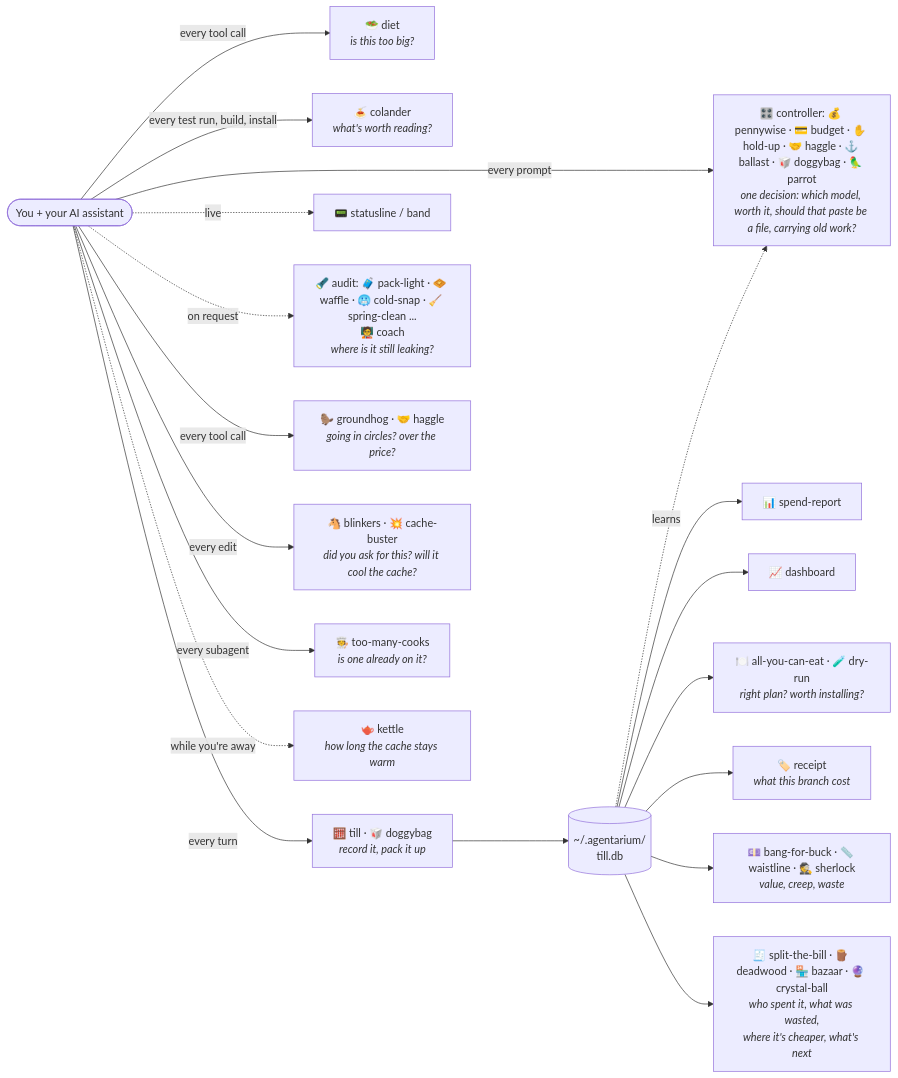
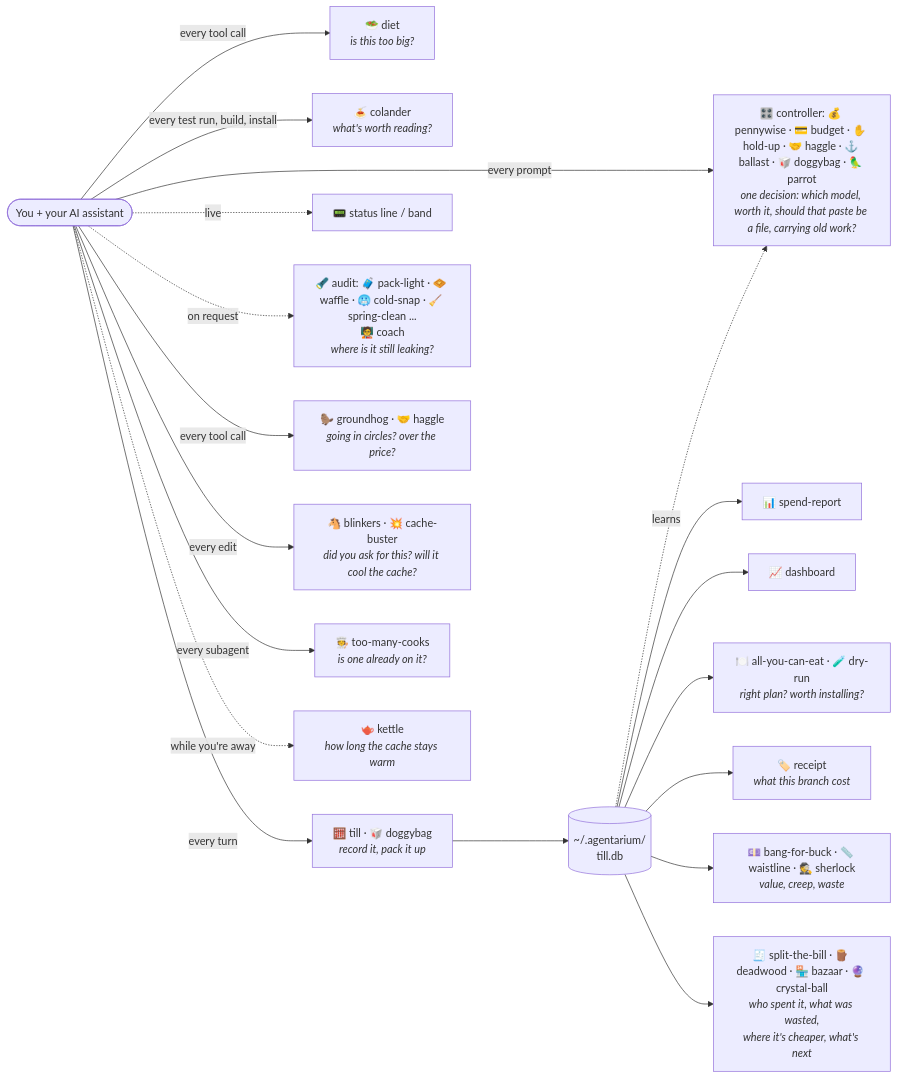
One commit to andrew44/agentarium changed the diagram in README.md. Above: the diagram before and after it, drawn with Mermaid. The commit also changed other lines of this file and 41 other files, not shown here.

First line of the commit message:
Use Claude Code's own terms for the status line, the band and the mod

````diff
--- a/README.md
+++ b/README.md
@@ -583,21 +583,21 @@
 ```mermaid
 flowchart LR
     You(["You + your AI assistant"]) -->|every prompt| G["🎛️ controller: 💰 pennywise · 💳 budget · ✋ hold-up · 🤝 haggle · ⚓ ballast · 🥡 doggybag · 🦜 parrot<br/><i>one decision: which model, worth it, should that paste be a file, carrying old work?</i>"]
     You -->|every tool call| D["🥗 diet<br/><i>is this too big?</i>"]
     You -->|every test run, build, install| CO["🍝 colander<br/><i>what's worth reading?</i>"]
     You -->|every turn| S["🧮 till · 🥡 doggybag<br/><i>record it, pack it up</i>"]
     S --> DB[("~/.agentarium/<br/>till.db")]
     DB --> R["📊 spend-report"]
     DB --> W["📈 dashboard"]
-    You -.->|live| B["📟 statusline / band"]
+    You -.->|live| B["📟 status line / band"]
     You -.->|on request| C["🔦 audit: 🧳 pack-light · 🧇 waffle · 🥶 cold-snap · 🧹 spring-clean ...<br/>🧑‍🏫 coach<br/><i>where is it still leaking?</i>"]
     DB --> A["🍽️ all-you-can-eat · 🧪 dry-run<br/><i>right plan? worth installing?</i>"]
     DB --> RC["🏷️ receipt<br/><i>what this branch cost</i>"]
     You -->|every tool call| L["🦫 groundhog · 🤝 haggle<br/><i>going in circles? over the price?</i>"]
     DB -.->|learns| G
     DB --> V["💷 bang-for-buck · 📏 waistline · 🕵️ sherlock<br/><i>value, creep, waste</i>"]
     You -->|every edit| BL["🐴 blinkers · 💥 cache-buster<br/><i>did you ask for this? will it cool the cache?</i>"]
     You -->|every subagent| TM["🧑‍🍳 too-many-cooks<br/><i>is one already on it?</i>"]
     You -.->|while you're away| K["🫖 kettle<br/><i>how long the cache stays warm</i>"]
     DB --> X["🧾 split-the-bill · 🪵 deadwood · 🏪 bazaar · 🔮 crystal-ball<br/><i>who spent it, what was wasted,<br/>where it's cheaper, what's next</i>"]
 ```
````
